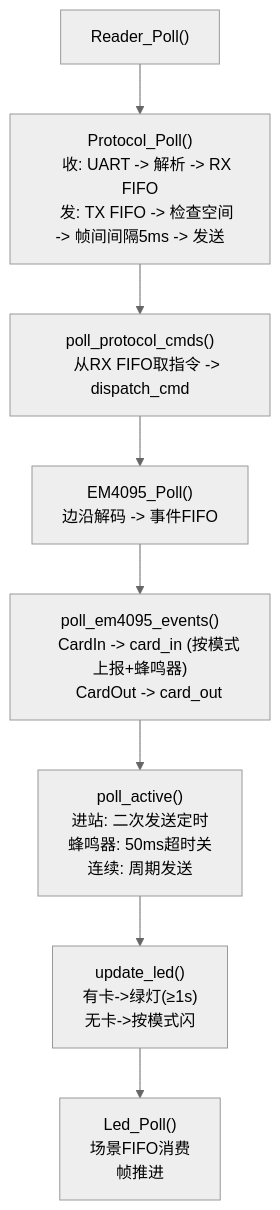
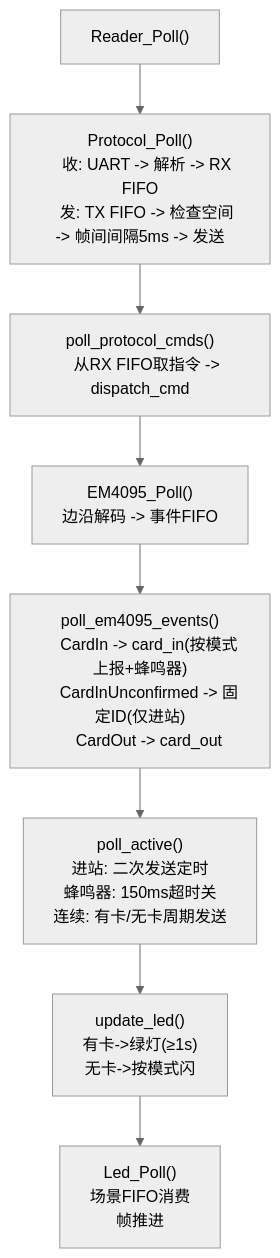
One commit to Siaiai/ObsidianNote changed the eighth of 8 diagrams in 工作/[[SR3读卡器]]/260804SR3框架整理.md. Above: the diagram before and after it, drawn with Mermaid (neutral theme). The commit also changed other lines of this file and 3 other files, not shown here.

````diff
--- a/工作/[[SR3读卡器]]/260804SR3框架整理.md
+++ b/工作/[[SR3读卡器]]/260804SR3框架整理.md
@@ -485,39 +482,40 @@
 ```mermaid
 flowchart TB
     POLL["Reader_Poll()"]
 
     P1["Protocol_Poll()
     收: UART -> 解析 -> RX FIFO
     发: TX FIFO -> 检查空间 -> 帧间间隔5ms -> 发送"]
 
     P2["poll_protocol_cmds()
     从RX FIFO取指令 -> dispatch_cmd"]
 
     P3["EM4095_Poll()
     边沿解码 -> 事件FIFO"]
 
     P4["poll_em4095_events()
-    CardIn -> card_in (按模式上报+蜂鸣器)
+    CardIn -> card_in(按模式上报+蜂鸣器)
+    CardInUnconfirmed -> 固定ID(仅进站)
     CardOut -> card_out"]
 
     P5["poll_active()
     进站: 二次发送定时
-    蜂鸣器: 50ms超时关
-    连续: 周期发送"]
+    蜂鸣器: 150ms超时关
+    连续: 有卡/无卡周期发送"]
 
     P6["update_led()
     有卡->绿灯(≥1s)
     无卡->按模式闪"]
 
     P7["Led_Poll()
     场景FIFO消费
     帧推进"]
 
     POLL --> P1
     P1 --> P2
     P2 --> P3
     P3 --> P4
     P4 --> P5
     P5 --> P6
     P6 --> P7
 ```
````
